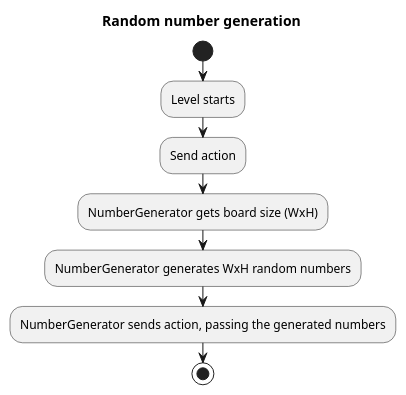
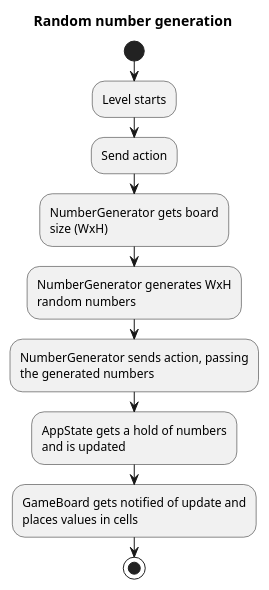
Before and after one commit to rpedroni/NumberMunchers: the diagram in specs/activity/level-start.puml, drawn with PlantUML. The commit also changed 4 other files, not shown here.

```diff
--- a/specs/activity/level-start.puml
+++ b/specs/activity/level-start.puml
@@ -1,13 +1,20 @@
 @startuml
 
 title Random number generation
 
 start
 :Level starts;
 :Send action;
-:NumberGenerator gets board size (WxH);
-:NumberGenerator generates WxH random numbers;
-:NumberGenerator sends action, passing the generated numbers;
+:NumberGenerator gets board
+size (WxH);
+:NumberGenerator generates WxH
+random numbers;
+:NumberGenerator sends action, passing
+the generated numbers;
+:AppState gets a hold of numbers
+and is updated;
+:GameBoard gets notified of update and
+places values in cells;
 stop
 
 @enduml
```
